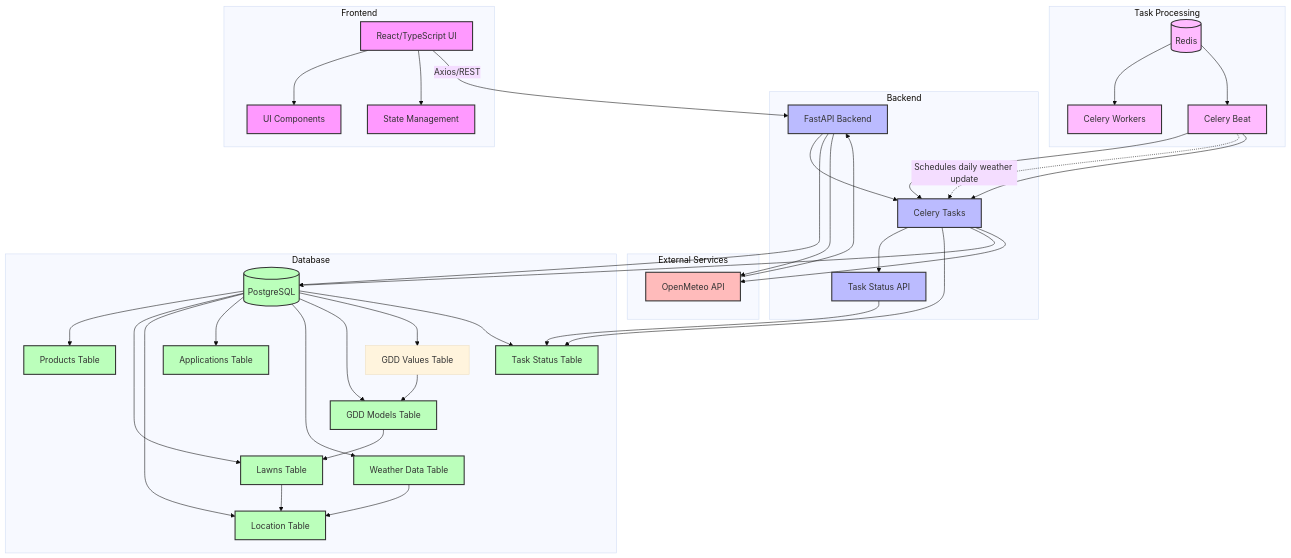
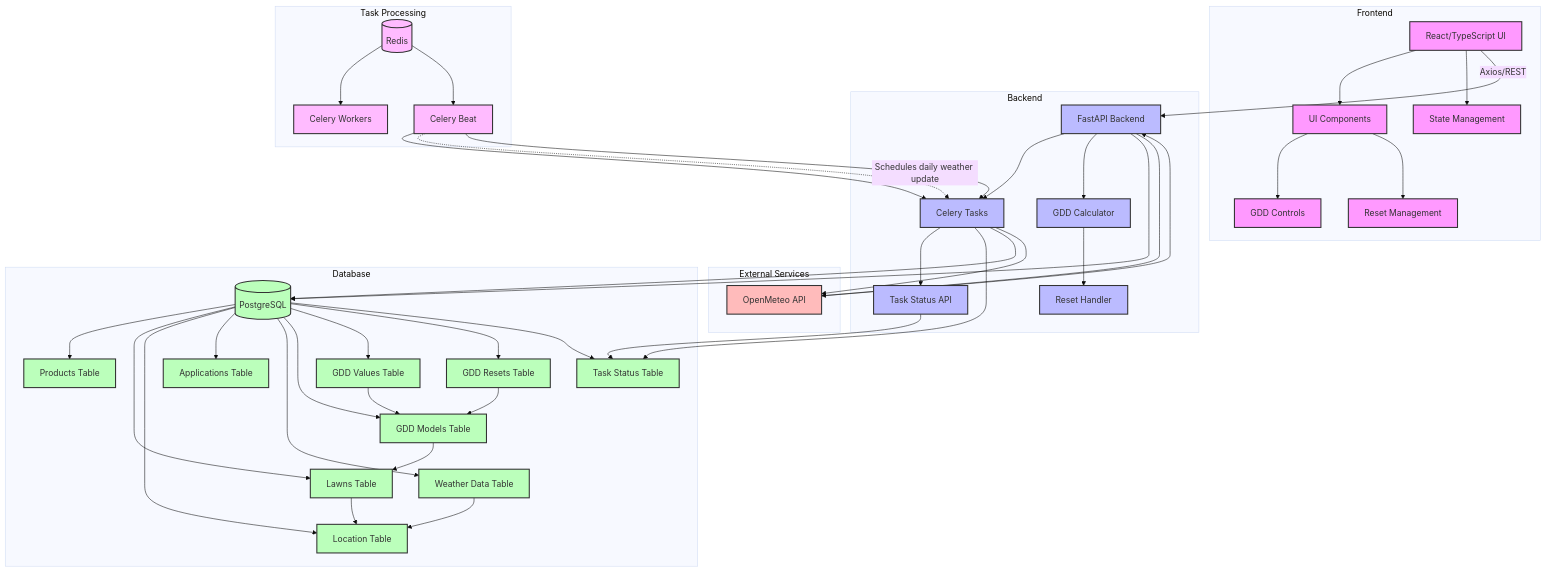
The diagram in docs/architecture.mermaid (RunOnYourOwn/TurfTrack), drawn with Mermaid (base theme) before and after one commit. The commit also changed 3 other files, not shown here.

```diff
--- a/docs/architecture.mermaid
+++ b/docs/architecture.mermaid
@@ -1,80 +1,92 @@
 graph TB
     subgraph Frontend
         UI[React/TypeScript UI]
         Components[UI Components]
         State[State Management]
+        GDDControls[GDD Controls]
+        ResetHandling[Reset Management]
         UI --> Components
         UI --> State
+        Components --> GDDControls
+        Components --> ResetHandling
     end
 
     subgraph Backend
         API[FastAPI Backend]
         Tasks[Celery Tasks]
         TaskStatus[Task Status API]
+        GDDCalc[GDD Calculator]
+        ResetLogic[Reset Handler]
         API --> Tasks
         Tasks --> TaskStatus
+        API --> GDDCalc
+        GDDCalc --> ResetLogic
     end
 
     subgraph External Services
         Weather[OpenMeteo API]
         Weather --> API
     end
 
     subgraph Database
         DB[(PostgreSQL)]
         Products[Products Table]
         Lawns[Lawns Table]
         Locations[Location Table]
         Applications[Applications Table]
         WeatherData[Weather Data Table]
         GDDModels[GDD Models Table]
         GDDValues[GDD Values Table]
+        GDDResets[GDD Resets Table]
         TaskStatusTable[Task Status Table]
         DB --> Products
         DB --> Lawns
         DB --> Locations
         DB --> Applications
         DB --> WeatherData
         DB --> GDDModels
         DB --> GDDValues
+        DB --> GDDResets
         DB --> TaskStatusTable
         Lawns --> Locations
         WeatherData --> Locations
         GDDModels --> Lawns
         GDDValues --> GDDModels
+        GDDResets --> GDDModels
         Tasks --> TaskStatusTable
     end
 
     subgraph Task Processing
         Redis[(Redis)]
         Celery[Celery Workers]
         Beat[Celery Beat]
         Redis --> Celery
         Redis --> Beat
         Beat --> Tasks
         Beat -. Schedules daily weather update .-> Tasks
     end
 
     UI -- "Axios/REST" --> API
     API --> DB
     Tasks --> DB
     Beat --> Tasks
     API --> Weather
     Tasks --> Weather
     TaskStatus --> TaskStatusTable
 
     classDef frontend fill:#f9f,stroke:#333,stroke-width:2px
     classDef backend fill:#bbf,stroke:#333,stroke-width:2px
     classDef database fill:#bfb,stroke:#333,stroke-width:2px
     classDef external fill:#fbb,stroke:#333,stroke-width:2px
     classDef tasks fill:#fbf,stroke:#333,stroke-width:2px
 
-    class UI,Components,State frontend
-    class API,Tasks,TaskStatus backend
-    class DB,Products,Lawns,Applications,WeatherData,GDDModels,Locations,TaskStatusTable database
+    class UI,Components,State,GDDControls,ResetHandling frontend
+    class API,Tasks,TaskStatus,GDDCalc,ResetLogic backend
+    class DB,Products,Lawns,Applications,WeatherData,GDDModels,GDDValues,GDDResets,Locations,TaskStatusTable database
     class Weather external
     class Redis,Celery,Beat tasks
 
-    %% Note: WeatherData and GDDValues are deduplicated per Location, not per Lawn. Beat schedules daily updates. GDD data is cleaned up on lawn/location deletion.
-    %% Task Status tracking is now implemented for monitoring weather updates and GDD calculations.
-    %% MVP complete: GDD models, analytics, weather sync, and task monitoring are robust. Future enhancements (analytics columns, API improvements) are documented.
+    %% Note: WeatherData and GDDValues are deduplicated per Location, not per Lawn. Beat schedules daily updates.
+    %% GDD data is cleaned up on lawn/location deletion. Task Status tracking monitors weather updates and GDD calculations.
+    %% GDD implementation complete with run-based tracking, manual and threshold resets, and proper date handling.
+    %% MVP complete: System is production-ready with robust GDD functionality, analytics, weather sync, and task monitoring.
```
